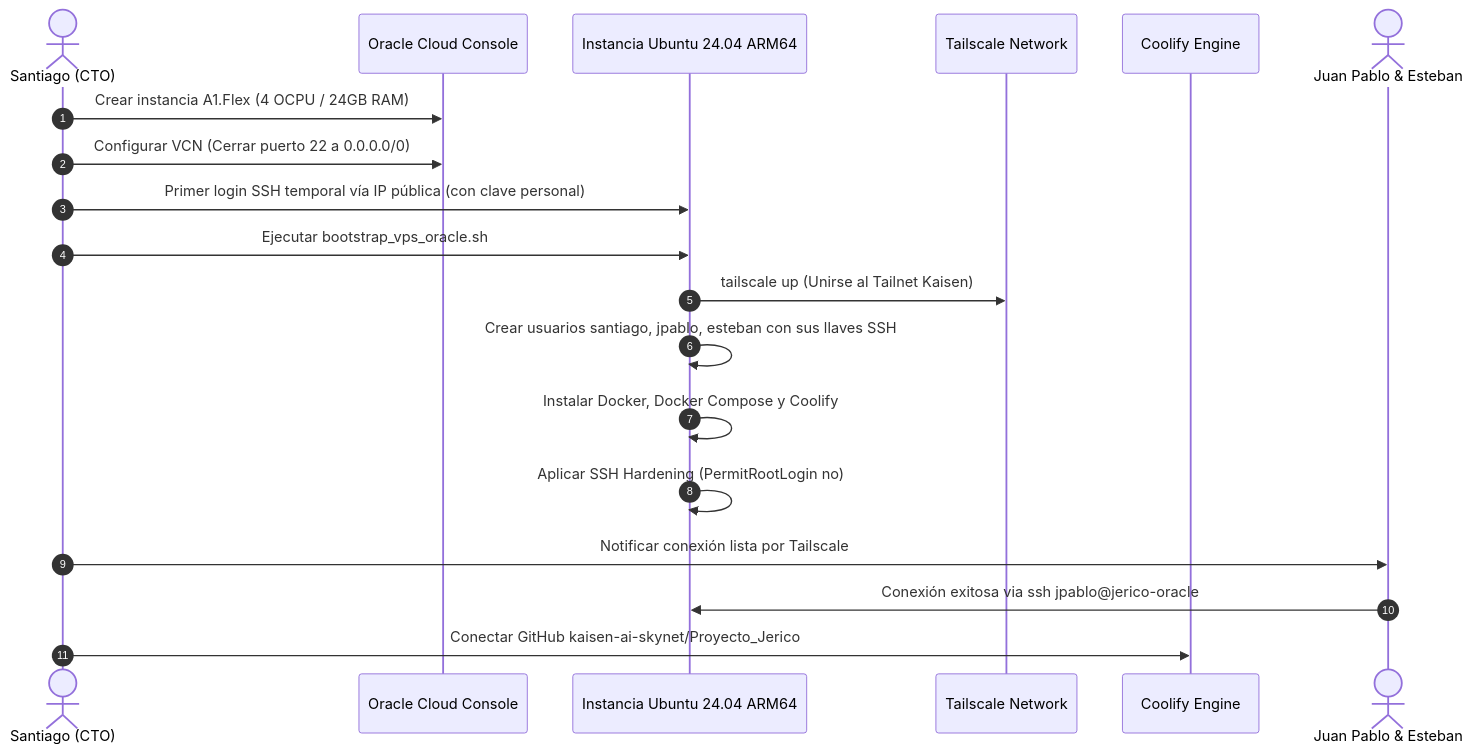
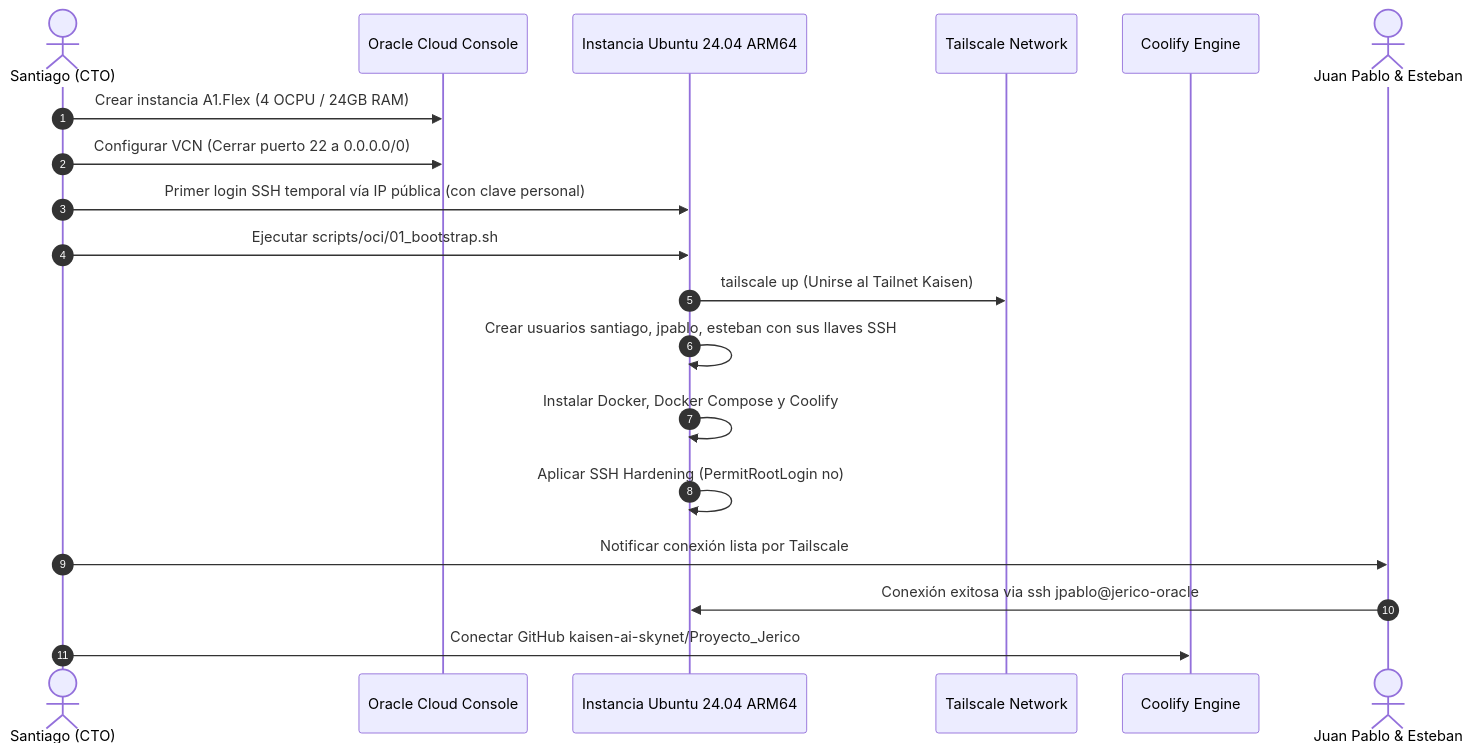
One commit to kaisen-ai-skynet/Proyecto_Jerico changed the second of 3 diagrams in docs/spec/PLAN_CONEXION_VPS_ORACLE_EQUIPO.md. Above: the diagram before and after it, drawn with Mermaid. The commit also changed other lines of this file and 20 other files, not shown here.

````diff
--- a/docs/spec/PLAN_CONEXION_VPS_ORACLE_EQUIPO.md
+++ b/docs/spec/PLAN_CONEXION_VPS_ORACLE_EQUIPO.md
@@ -226,22 +229,22 @@
 ```mermaid
 sequenceDiagram
     autonumber
     actor CTO as Santiago (CTO)
     participant OCI as Oracle Cloud Console
     participant VPS as Instancia Ubuntu 24.04 ARM64
     participant TS as Tailscale Network
     participant Coolify as Coolify Engine
     actor Devs as Juan Pablo & Esteban
 
     CTO->>OCI: Crear instancia A1.Flex (4 OCPU / 24GB RAM)
     CTO->>OCI: Configurar VCN (Cerrar puerto 22 a 0.0.0.0/0)
     CTO->>VPS: Primer login SSH temporal vía IP pública (con clave personal)
-    CTO->>VPS: Ejecutar bootstrap_vps_oracle.sh
+    CTO->>VPS: Ejecutar scripts/oci/01_bootstrap.sh
     VPS->>TS: tailscale up (Unirse al Tailnet Kaisen)
     VPS->>VPS: Crear usuarios santiago, jpablo, esteban con sus llaves SSH
     VPS->>VPS: Instalar Docker, Docker Compose y Coolify
     VPS->>VPS: Aplicar SSH Hardening (PermitRootLogin no)
     CTO->>Devs: Notificar conexión lista por Tailscale
     Devs->>VPS: Conexión exitosa via ssh jpablo@jerico-oracle
     CTO->>Coolify: Conectar GitHub kaisen-ai-skynet/Proyecto_Jerico
 ```
````
